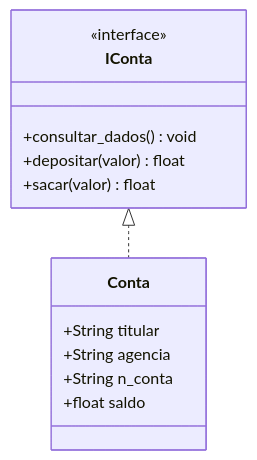
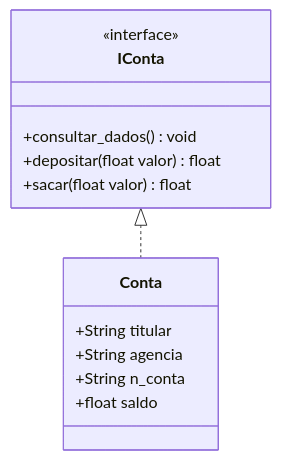
Before and after one commit to dev-alexmachado/guia_rapido_python: the third of 9 diagrams in parte05/orientacao_a_objetos.md, drawn with Mermaid. The commit also changed other lines of this file, not shown here.

Commit message:
Diagramas de classes feitos.

```diff
--- a/parte05/orientacao_a_objetos.md
+++ b/parte05/orientacao_a_objetos.md
@@ -191,18 +191,18 @@
 ~~~mermaid
 classDiagram
     class IConta {
         <<interface>>
         +consultar_dados() void
-        +depositar(valor) float
-        +sacar(valor) float
+        +depositar(float valor) float
+        +sacar(float valor) float
     }
 
     class Conta {
         +String titular
         +String agencia
         +String n_conta
         +float saldo
     }
 
     IConta <|.. Conta
 ~~~
```
